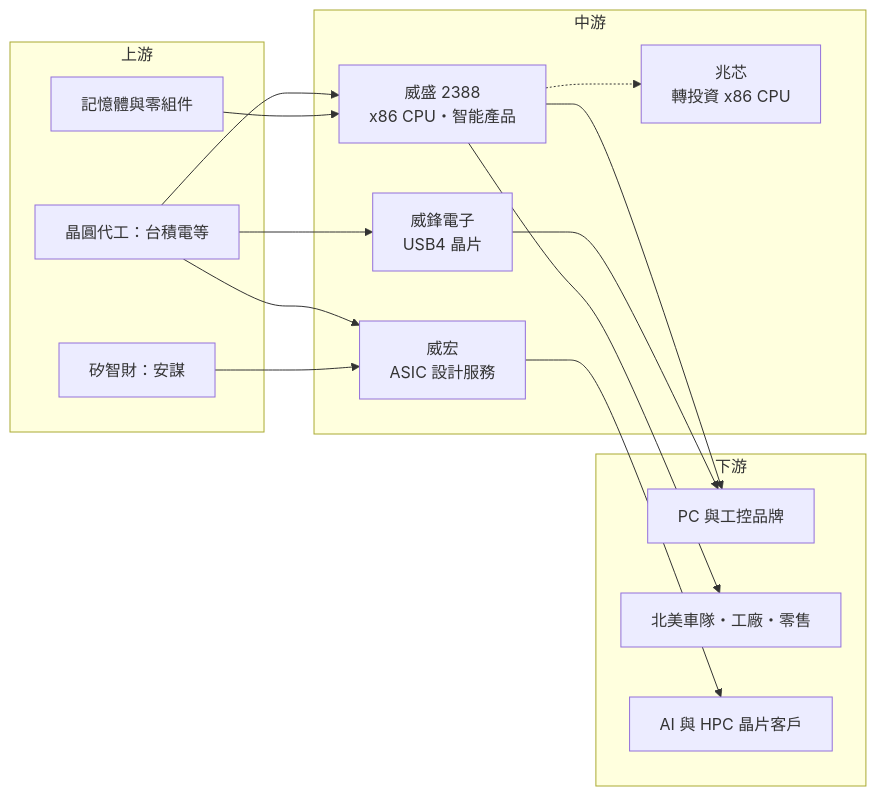
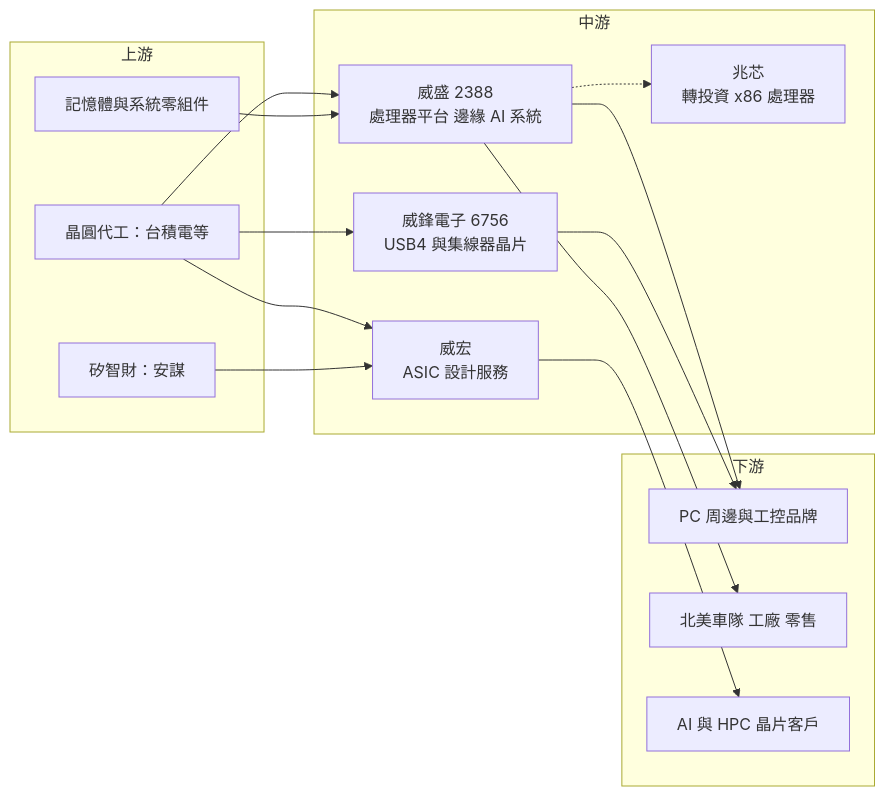
Before and after one commit to wangnick1004/taiwan-stock-vault: the third of 3 diagrams in 個股/台股/2388威盛.md, drawn with Mermaid. The commit also changed other lines of this file and 19 other files, not shown here.

````diff
--- a/個股/台股/2388威盛.md
+++ b/個股/台股/2388威盛.md
@@ -209,29 +218,29 @@
 ```mermaid
 flowchart LR
     subgraph 上游
         A1[晶圓代工：台積電等]
         A2[矽智財：安謀]
-        A3[記憶體與零組件]
+        A3[記憶體與系統零組件]
     end
     subgraph 中游
-        B[威盛 2388<br/>x86 CPU・智能產品]
-        B2[威鋒電子<br/>USB4 晶片]
+        B[威盛 2388<br/>處理器平台 邊緣 AI 系統]
+        B2[威鋒電子 6756<br/>USB4 與集線器晶片]
         B3[威宏<br/>ASIC 設計服務]
-        B4[兆芯<br/>轉投資 x86 CPU]
+        B4[兆芯<br/>轉投資 x86 處理器]
     end
     subgraph 下游
-        C1[PC 與工控品牌]
-        C2[北美車隊・工廠・零售]
+        C1[PC 周邊與工控品牌]
+        C2[北美車隊 工廠 零售]
         C3[AI 與 HPC 晶片客戶]
     end
     A1 --> B
     A1 --> B2
     A1 --> B3
     A2 --> B3
     A3 --> B
     B -.-> B4
     B --> C1
     B --> C2
     B2 --> C1
     B3 --> C3
 ```
````
